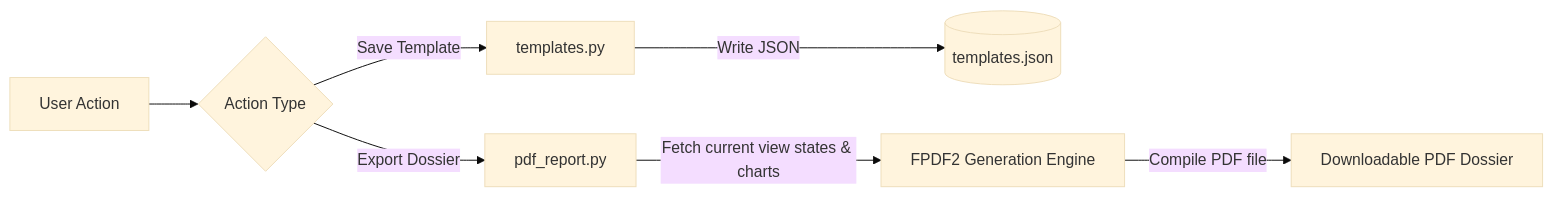
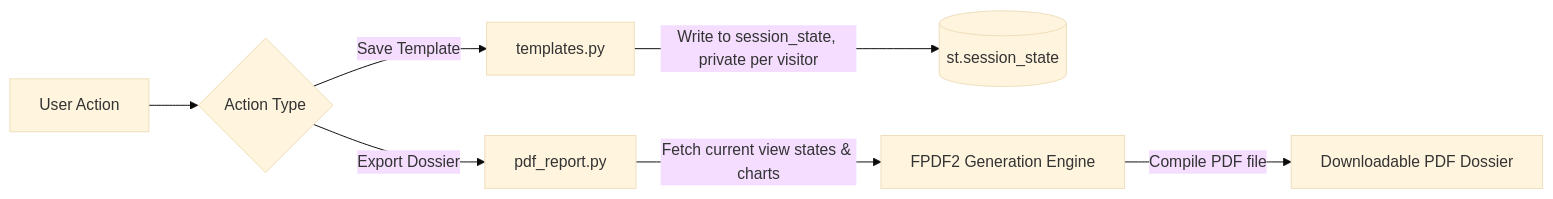
The fifth of 5 diagrams in TECHNICAL_PAPER_AND_RELEASE_NOTES.md (sanjaybp02/AI-material-selector), drawn with Mermaid (base theme) before and after one commit. The commit also changed other lines of this file and 1 other file, not shown here.

````diff
--- a/TECHNICAL_PAPER_AND_RELEASE_NOTES.md
+++ b/TECHNICAL_PAPER_AND_RELEASE_NOTES.md
@@ -139,9 +144,9 @@
 ```mermaid
 graph LR
     A[User Action] --> B{Action Type}
     B -->|Save Template| C[templates.py]
-    C -->|Write JSON| D[(templates.json)]
+    C -->|Write to session_state, private per visitor| D[(st.session_state)]
     B -->|Export Dossier| E[pdf_report.py]
     E -->|Fetch current view states & charts| F[FPDF2 Generation Engine]
     F -->|Compile PDF file| G[Downloadable PDF Dossier]
 ```
````
